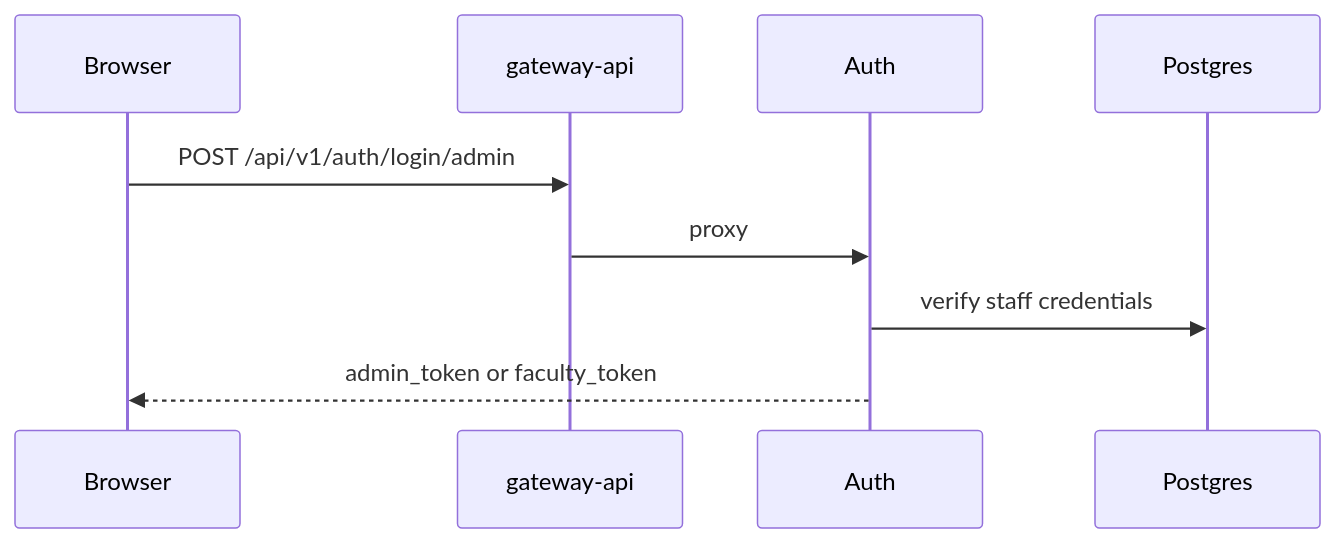
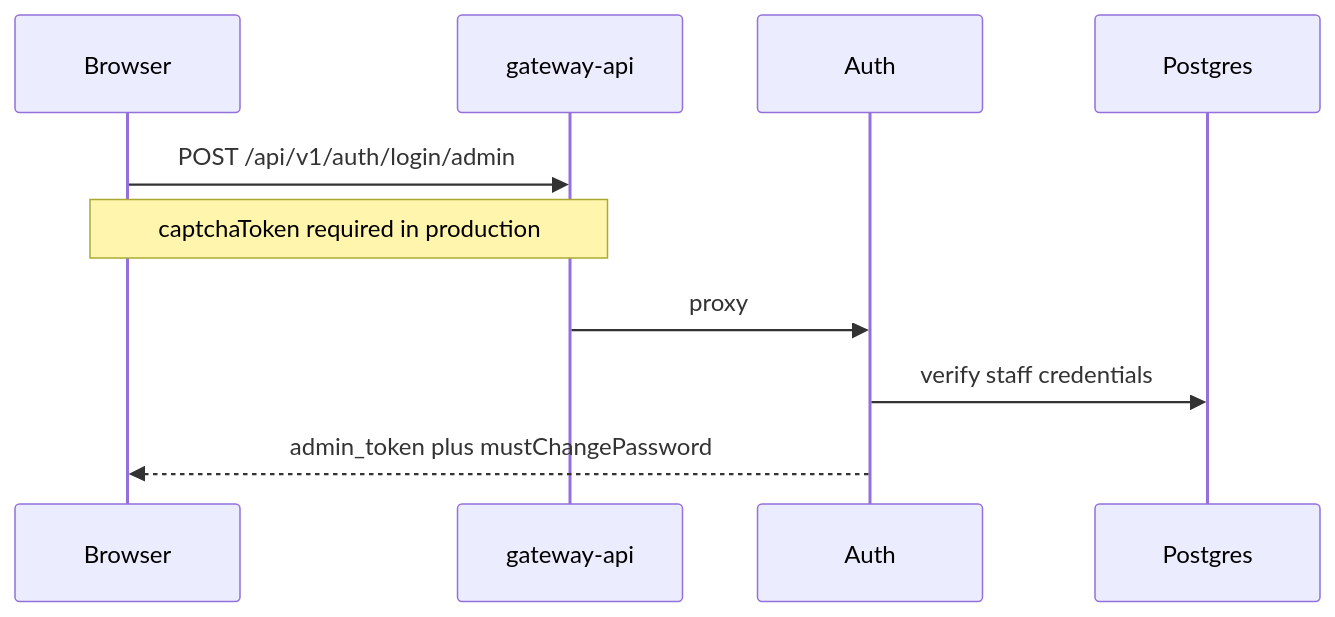
One commit to uniz-rguktong/uniz-master changed the second of 24 diagrams in apps/uniz-docs/system/action-flows.md. Above: the diagram before and after it, drawn with Mermaid. The commit also changed other lines of this file and 49 other files, not shown here.

````diff
--- a/apps/uniz-docs/system/action-flows.md
+++ b/apps/uniz-docs/system/action-flows.md
@@ -38,12 +45,13 @@
 ```mermaid
 sequenceDiagram
   participant B as Browser
   participant GW as gateway-api
   participant A as Auth
   participant PG as Postgres
 
   B->>GW: POST /api/v1/auth/login/admin
+  Note over B,GW: captchaToken required in production
   GW->>A: proxy
   A->>PG: verify staff credentials
-  A-->>B: admin_token or faculty_token
+  A-->>B: admin_token plus mustChangePassword
 ```
````
